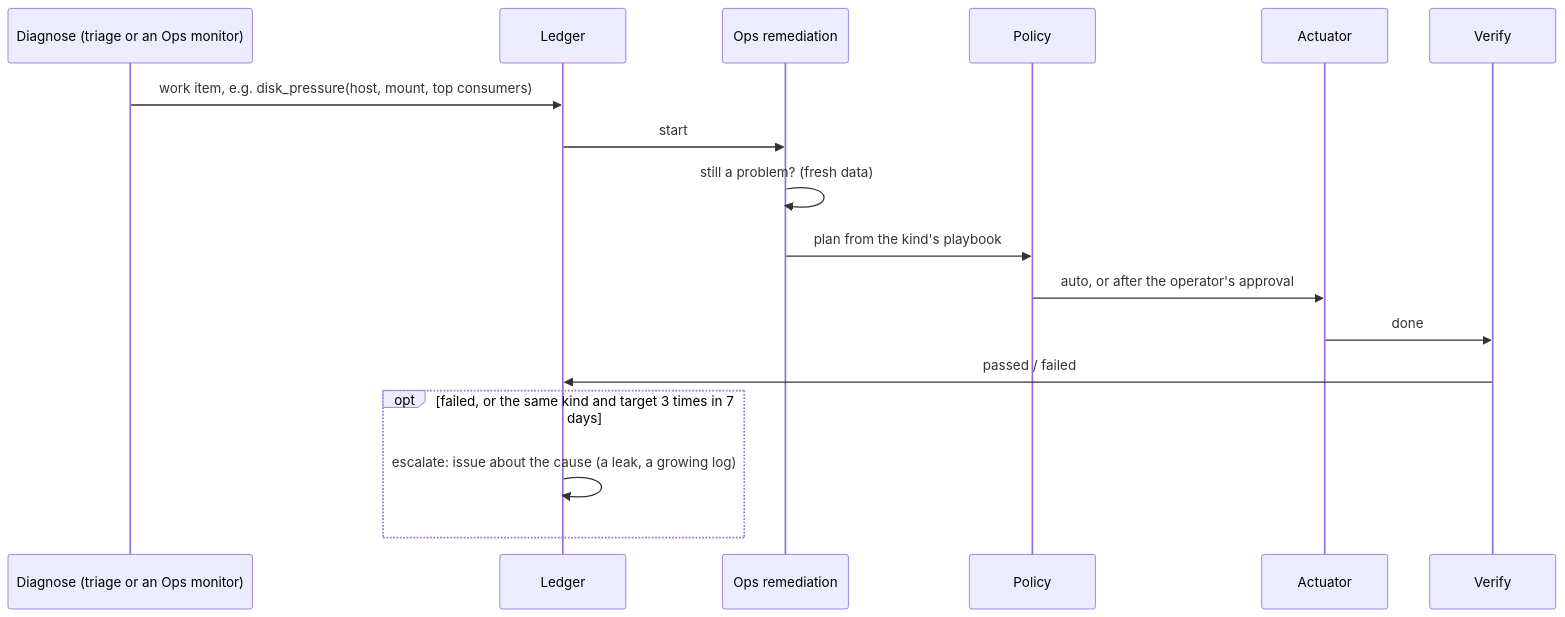
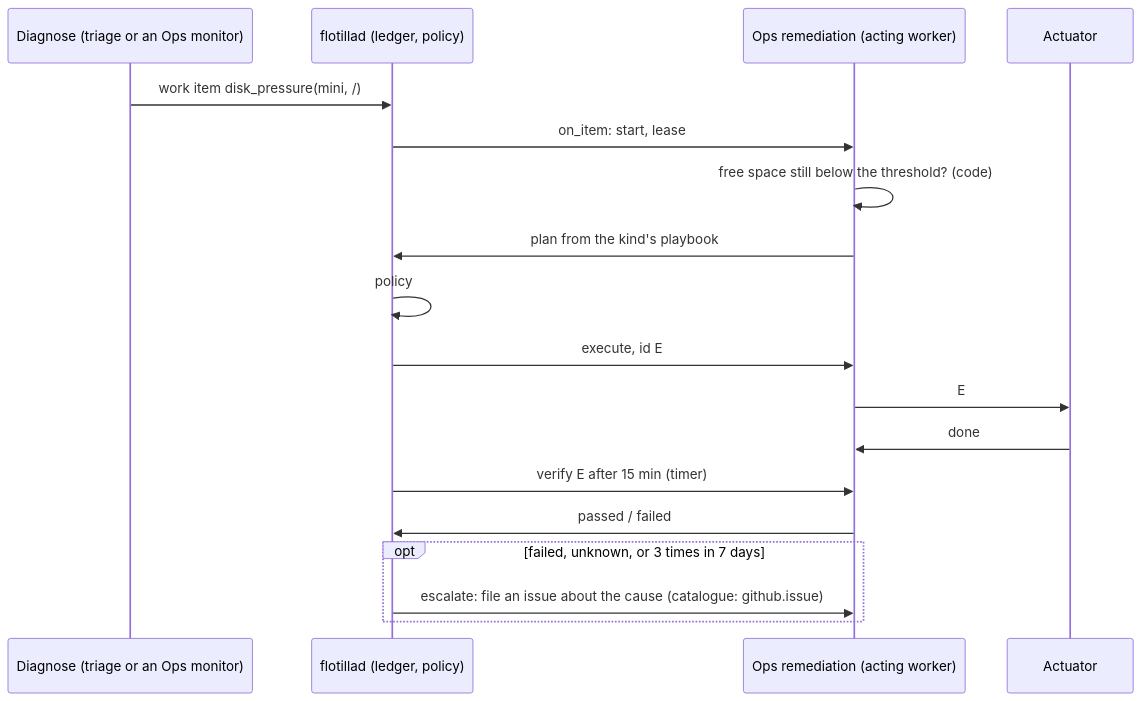
Before and after one commit to chipi/flotilla: the sixth of 9 diagrams in docs/rfc/RFC-0004-agent-pipeline.md, drawn with Mermaid. The commit also changed other lines of this file, not shown here.

First line of the commit message:
docs(rfc): RFC-0004 revision 2, after the advisor's review

````diff
--- a/docs/rfc/RFC-0004-agent-pipeline.md
+++ b/docs/rfc/RFC-0004-agent-pipeline.md
@@ -288,19 +355,20 @@
 ```mermaid
 sequenceDiagram
     participant D as Diagnose (triage or an Ops monitor)
-    participant L as Ledger
-    participant Rm as Ops remediation
-    participant P as Policy
+    participant F as flotillad (ledger, policy)
+    participant Rm as Ops remediation (acting worker)
     participant X as Actuator
-    participant V as Verify
-    D->>L: work item, e.g. disk_pressure(host, mount, top consumers)
-    L->>Rm: start
-    Rm->>Rm: still a problem? (fresh data)
-    Rm->>P: plan from the kind's playbook
-    P->>X: auto, or after the operator's approval
-    X->>V: done
-    V->>L: passed / failed
-    opt failed, or the same kind and target 3 times in 7 days
-        L->>L: escalate: issue about the cause (a leak, a growing log)
+    D->>F: work item disk_pressure(mini, /)
+    F->>Rm: on_item: start, lease
+    Rm->>Rm: free space still below the threshold? (code)
+    Rm->>F: plan from the kind's playbook
+    F->>F: policy
+    F->>Rm: execute, id E
+    Rm->>X: E
+    X->>Rm: done
+    F->>Rm: verify E after 15 min (timer)
+    Rm->>F: passed / failed
+    opt failed, unknown, or 3 times in 7 days
+        F->>Rm: escalate: file an issue about the cause (catalogue: github.issue)
     end
 ```
````
